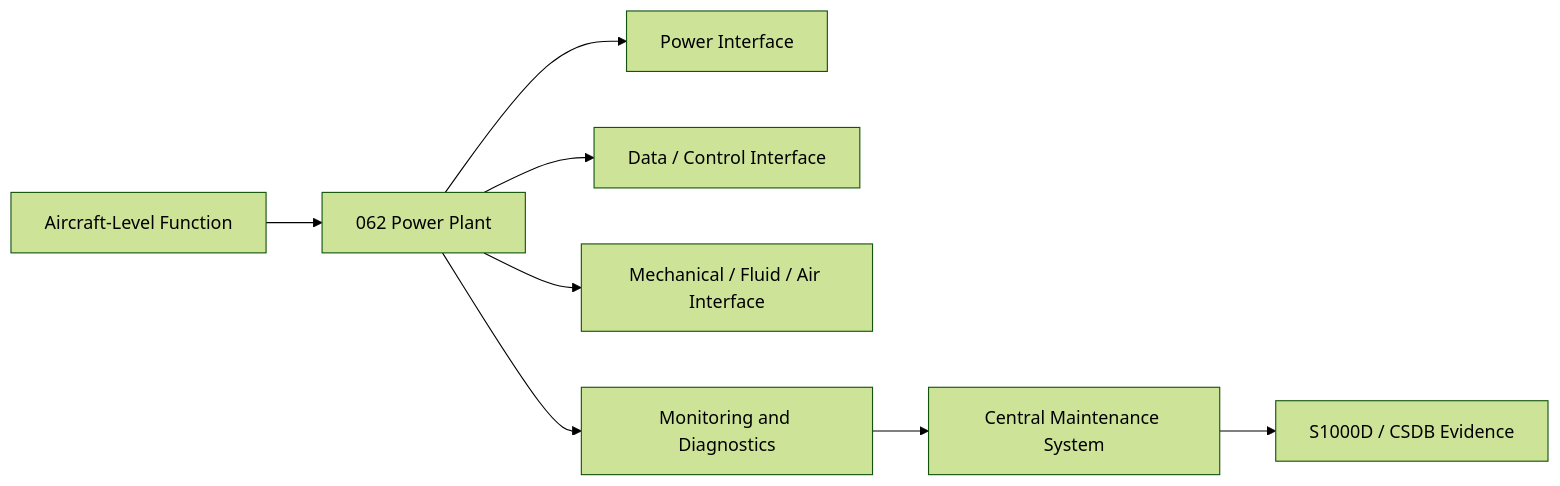
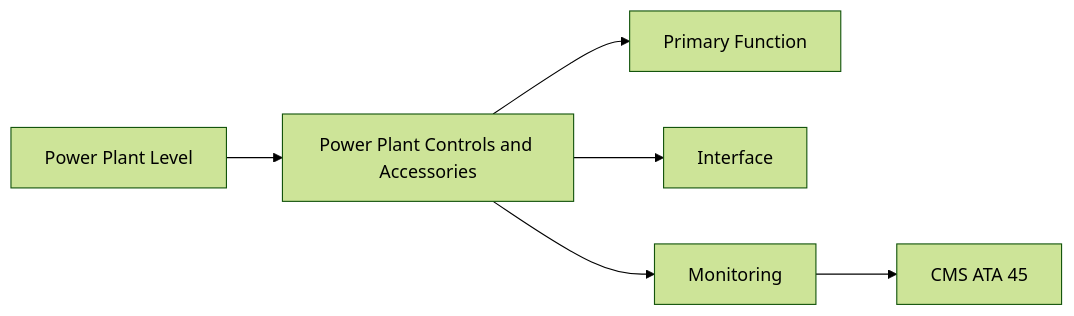
One commit to AmedeoPelliccia/Qplus-For-All-Queer-People-and-Quantum changed the first of 2 diagrams in Q+ATLANTIDE/000-099_ATLAS/060-069_Propulsion-Tradicional/062_Power-Plant/062-040-Power-Plant-Controls-and-Accessories.md. Above: the diagram before and after it, drawn with Mermaid (forest theme). The commit also changed other lines of this file and 74 other files, not shown here.

````diff
--- a/Q+ATLANTIDE/000-099_ATLAS/060-069_Propulsion-Tradicional/062_Power-Plant/062-040-Power-Plant-Controls-and-Accessories.md
+++ b/Q+ATLANTIDE/000-099_ATLAS/060-069_Propulsion-Tradicional/062_Power-Plant/062-040-Power-Plant-Controls-and-Accessories.md
@@ -153,10 +83,8 @@
 ```mermaid
 flowchart LR
-    A[Aircraft-Level Function] --> B[062 Power Plant]
-    B --> C[Power Interface]
-    B --> D[Data / Control Interface]
-    B --> E[Mechanical / Fluid / Air Interface]
-    B --> F[Monitoring and Diagnostics]
-    F --> G[Central Maintenance System]
-    G --> H[S1000D / CSDB Evidence]
+    A[Power Plant Level] --> B[Power Plant Controls and Accessories]
+    B --> C[Primary Function]
+    B --> D[Interface]
+    B --> E[Monitoring]
+    E --> F[CMS ATA 45]
 ```
````
